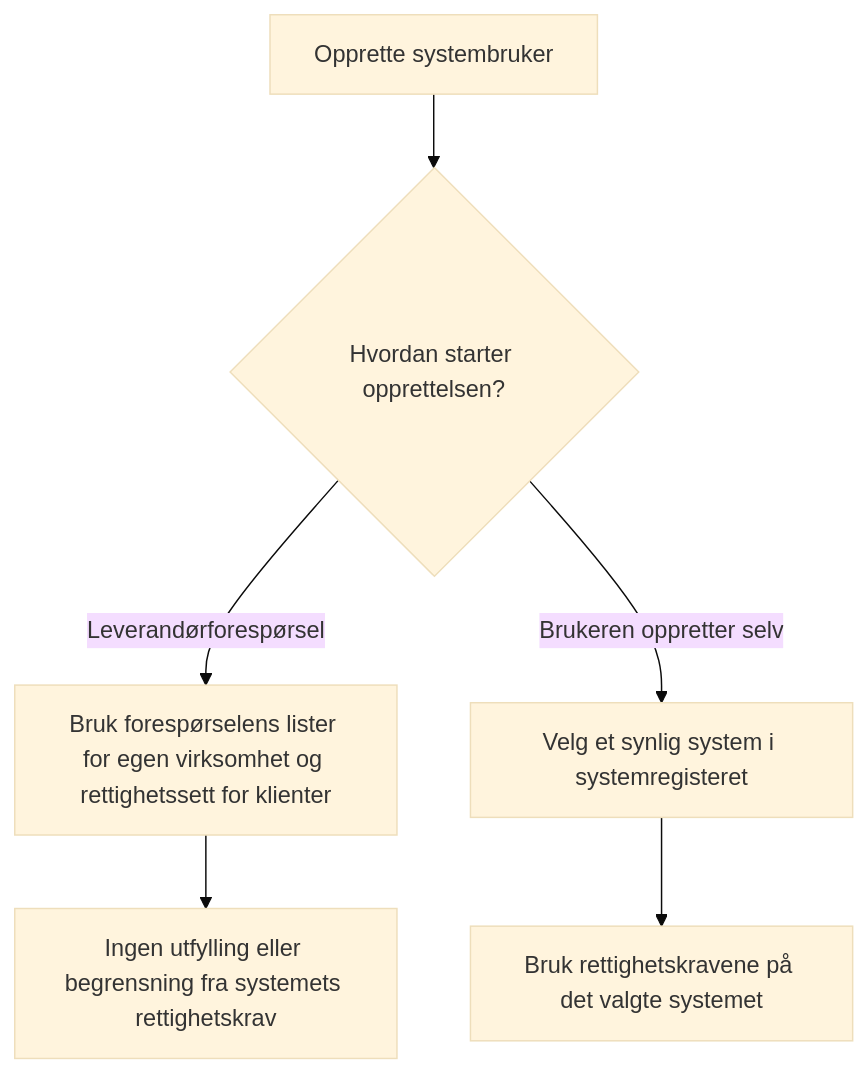
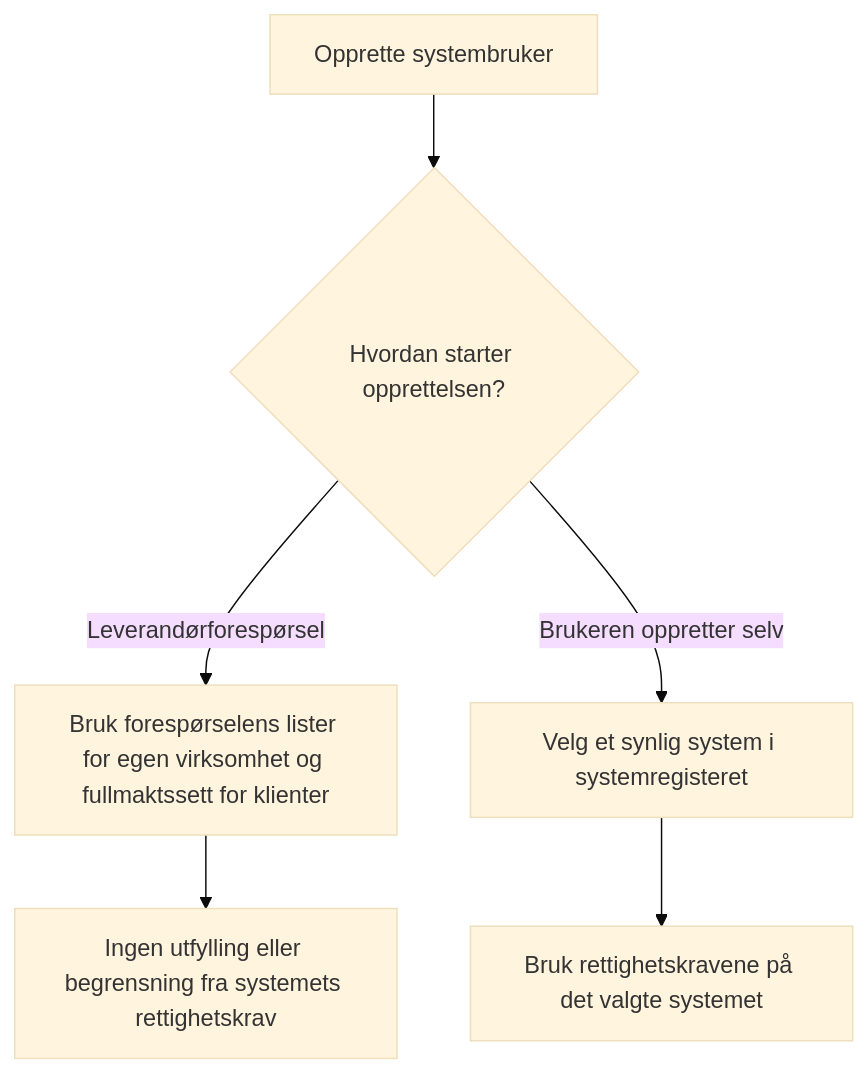
Before and after one commit to Altinn/altinn-studio-docs: the first of 7 diagrams in content/authorization/guides/system-vendor/system-user/beslutningstre.nb.md, drawn with Mermaid (base theme). The commit also changed other lines of this file and 3 other files, not shown here.

```diff
--- a/content/authorization/guides/system-vendor/system-user/beslutningstre.nb.md
+++ b/content/authorization/guides/system-vendor/system-user/beslutningstre.nb.md
@@ -18,8 +18,8 @@
 {{< mermaid >}}
 graph TD
   START["Opprette systembruker"] --> FLOW{"Hvordan starter opprettelsen?"}
-  FLOW -->|Leverandørforespørsel| REQUESTLISTS["Bruk forespørselens lister for egen virksomhet og rettighetssett for klienter"]
+  FLOW -->|Leverandørforespørsel| REQUESTLISTS["Bruk forespørselens lister for egen virksomhet og fullmaktssett for klienter"]
   REQUESTLISTS --> INDEPENDENT["Ingen utfylling eller begrensning fra systemets rettighetskrav"]
   FLOW -->|Brukeren oppretter selv| VISIBLE["Velg et synlig system i systemregisteret"]
   VISIBLE --> REGISTERLISTS["Bruk rettighetskravene på det valgte systemet"]
 {{< /mermaid >}}
```
